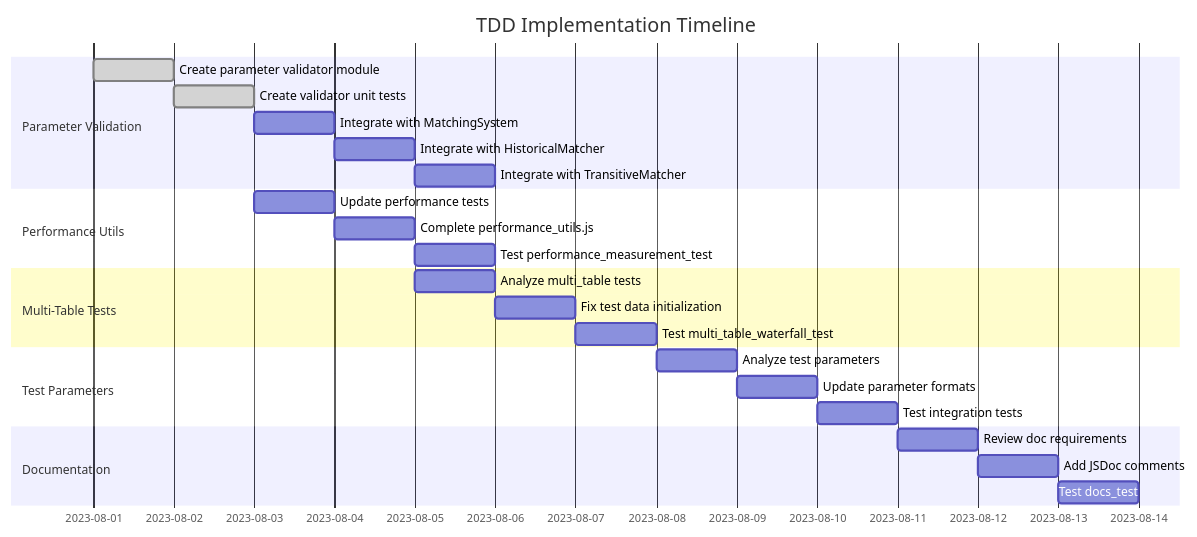
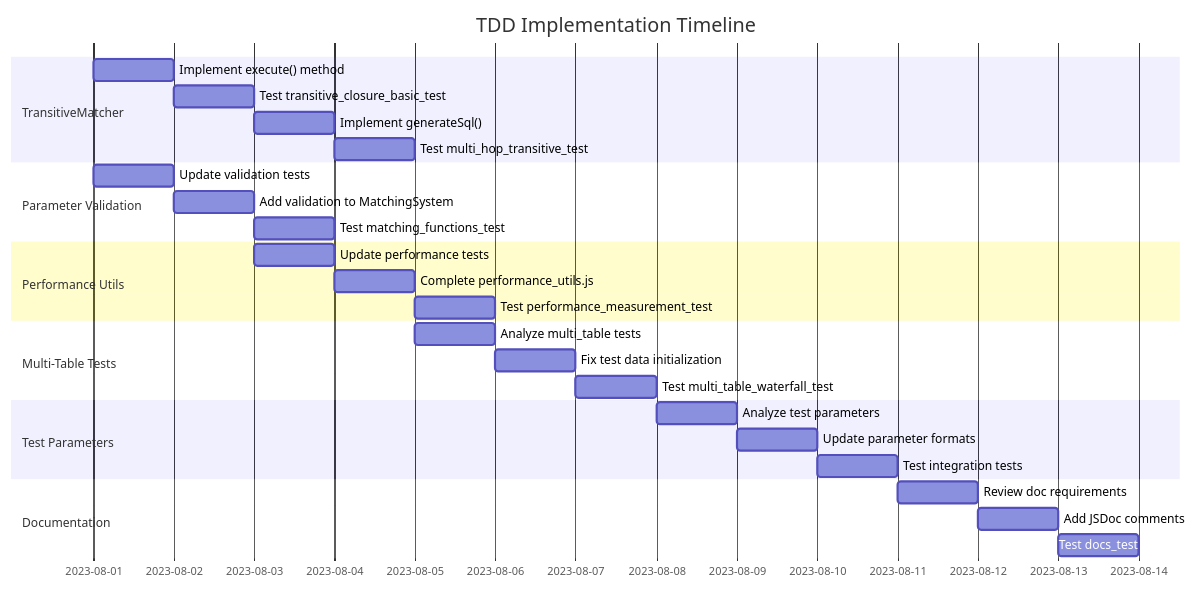
The third of 3 diagrams in TODO.md (jhashemi/marketads.dataform), drawn with Mermaid before and after one commit. The commit also changed other lines of this file and 6 other files, not shown here.

First line of the commit message:
Update TODO.md and enhance parameter validation in matching functions

````diff
--- a/TODO.md
+++ b/TODO.md
@@ -304,27 +236,30 @@
 ```mermaid
 gantt
     title TDD Implementation Timeline
     dateFormat  YYYY-MM-DD
+    section TransitiveMatcher
+    Implement execute() method        :a1, 2023-08-01, 1d
+    Test transitive_closure_basic_test:a2, after a1, 1d
+    Implement generateSql()           :a3, after a2, 1d
+    Test multi_hop_transitive_test    :a4, after a3, 1d
     section Parameter Validation
-    Create parameter validator module  :done, a1, 2023-08-01, 1d
-    Create validator unit tests        :done, a2, after a1, 1d
-    Integrate with MatchingSystem      :a3, after a2, 1d
-    Integrate with HistoricalMatcher   :a4, after a3, 1d
-    Integrate with TransitiveMatcher   :a5, after a4, 1d
+    Update validation tests           :b1, 2023-08-01, 1d
+    Add validation to MatchingSystem  :b2, after b1, 1d
+    Test matching_functions_test      :b3, after b2, 1d
     section Performance Utils
     Update performance tests          :c1, 2023-08-03, 1d
     Complete performance_utils.js     :c2, after c1, 1d
     Test performance_measurement_test :c3, after c2, 1d
     section Multi-Table Tests
     Analyze multi_table tests         :d1, 2023-08-05, 1d
     Fix test data initialization      :d2, after d1, 1d
     Test multi_table_waterfall_test   :d3, after d2, 1d
     section Test Parameters
     Analyze test parameters           :e1, 2023-08-08, 1d
     Update parameter formats          :e2, after e1, 1d
     Test integration tests            :e3, after e2, 1d
     section Documentation
     Review doc requirements           :f1, 2023-08-11, 1d
     Add JSDoc comments                :f2, after f1, 1d
     Test docs_test                    :f3, after f2, 1d
 ```
````
